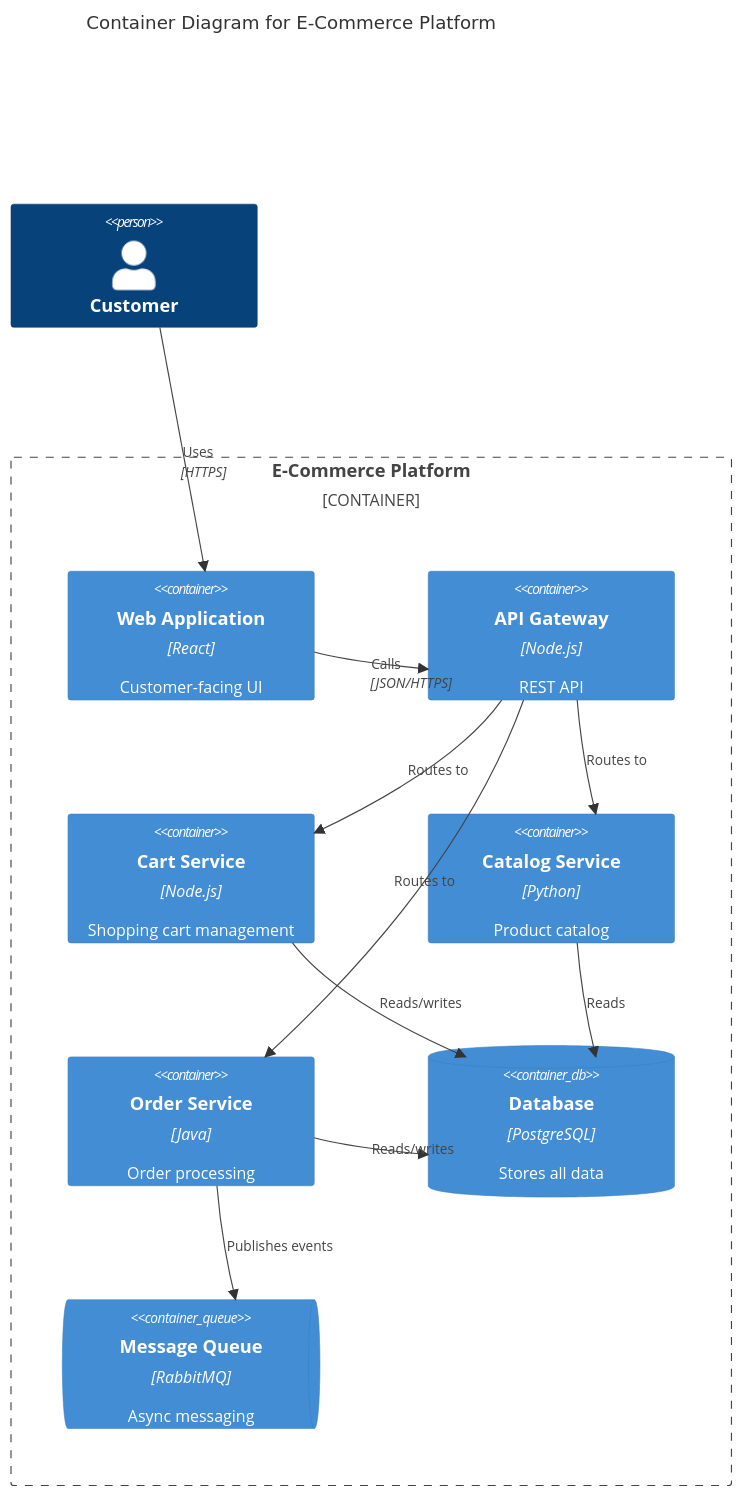
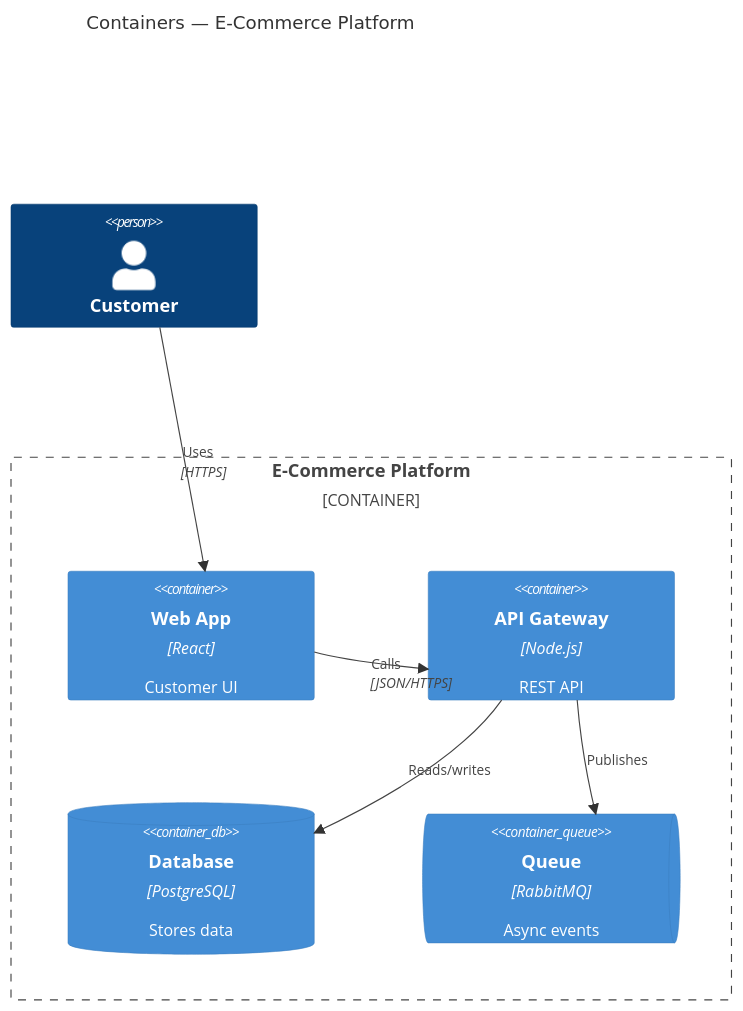
One commit to cosmix/loom changed the second of 8 diagrams in skills/loom-diagramming/SKILL.md. Above: the diagram before and after it, drawn with Mermaid. The commit also changed other lines of this file and 23 other files, not shown here.

````diff
--- a/skills/loom-diagramming/SKILL.md
+++ b/skills/loom-diagramming/SKILL.md
@@ -139,26 +97,15 @@
 ```mermaid
 C4Container
-    title Container Diagram for E-Commerce Platform
-
+    title Containers — E-Commerce Platform
     Person(customer, "Customer")
-
-    Container_Boundary(ecommerce, "E-Commerce Platform") {
-        Container(web, "Web Application", "React", "Customer-facing UI")
+    Container_Boundary(ec, "E-Commerce Platform") {
+        Container(web, "Web App", "React", "Customer UI")
         Container(api, "API Gateway", "Node.js", "REST API")
-        Container(cart, "Cart Service", "Node.js", "Shopping cart management")
-        Container(catalog, "Catalog Service", "Python", "Product catalog")
-        Container(order, "Order Service", "Java", "Order processing")
-        ContainerDb(db, "Database", "PostgreSQL", "Stores all data")
-        ContainerQueue(queue, "Message Queue", "RabbitMQ", "Async messaging")
+        ContainerDb(db, "Database", "PostgreSQL", "Stores data")
+        ContainerQueue(queue, "Queue", "RabbitMQ", "Async events")
     }
-
     Rel(customer, web, "Uses", "HTTPS")
     Rel(web, api, "Calls", "JSON/HTTPS")
-    Rel(api, cart, "Routes to")
-    Rel(api, catalog, "Routes to")
-    Rel(api, order, "Routes to")
-    Rel(cart, db, "Reads/writes")
-    Rel(catalog, db, "Reads")
-    Rel(order, db, "Reads/writes")
-    Rel(order, queue, "Publishes events")
+    Rel(api, db, "Reads/writes")
+    Rel(api, queue, "Publishes")
 ```
````
